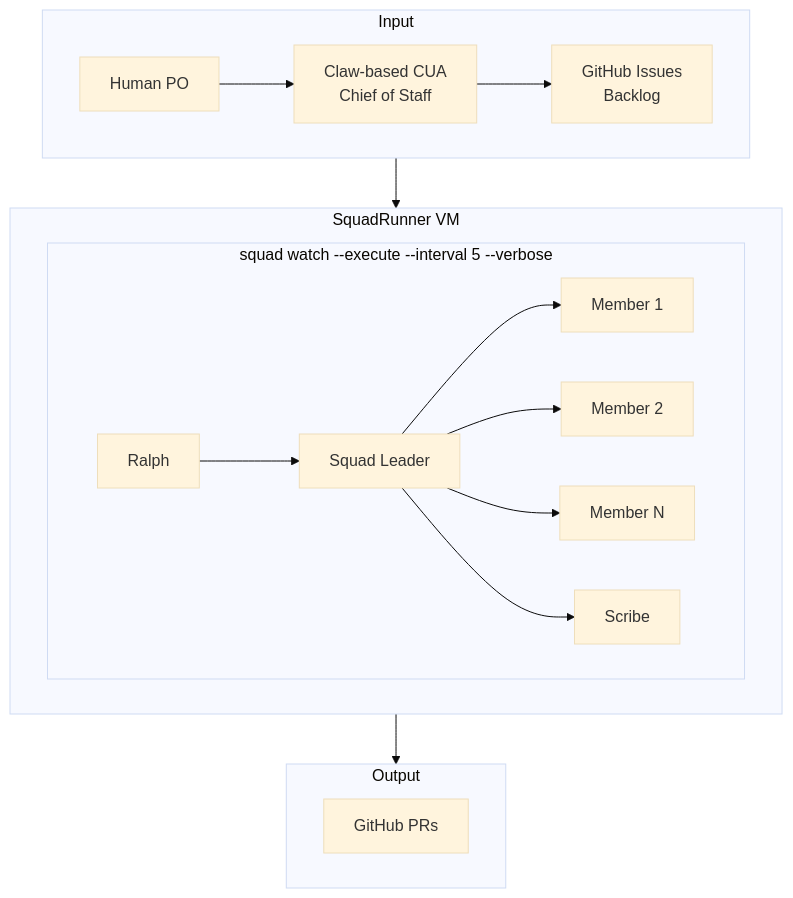
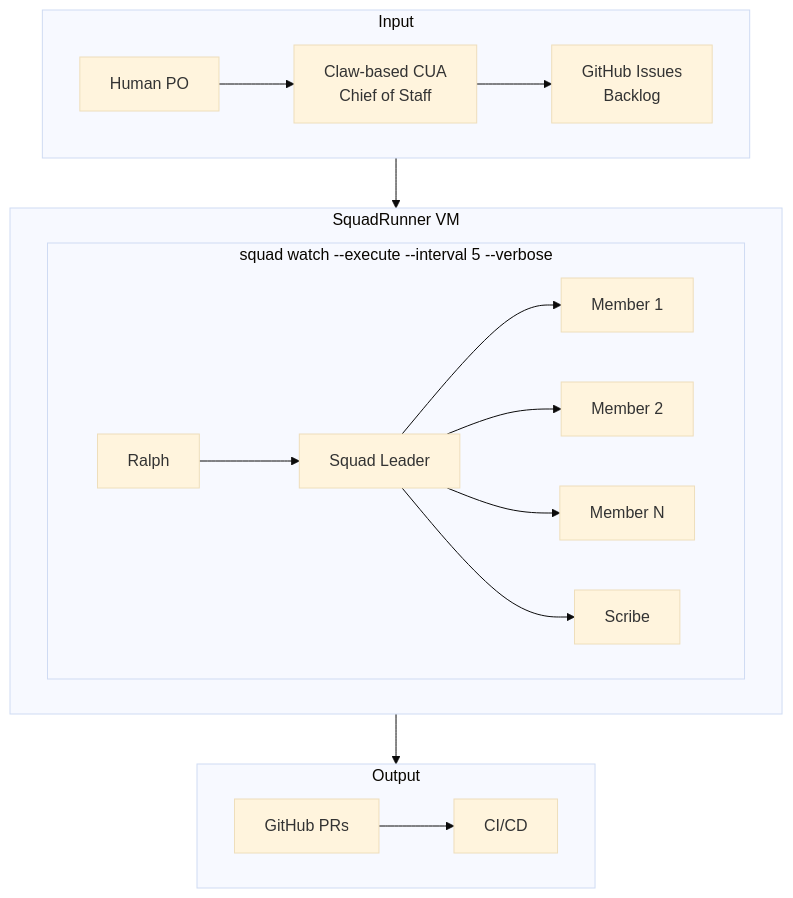
One commit to TheeUnderdog/SquadRunner changed the diagram in README.md. Above: the diagram before and after it, drawn with Mermaid (base theme).

Commit message:
Output: PRs run CI

````diff
--- a/README.md
+++ b/README.md
@@ -19,26 +19,26 @@
 ```mermaid
 flowchart TD
     subgraph Input
         direction LR
         H[Human PO] --> CUA[Claw-based CUA<br/>Chief of Staff] --> GH[GitHub Issues<br/>Backlog]
     end
     
     Input --> VM
     
     subgraph VM[SquadRunner VM]
         subgraph SW[squad watch --execute --interval 5 --verbose]
             direction LR
             R[Ralph] --> SL[Squad Leader]
             SL --> M1[Member 1]
             SL --> M2[Member 2]
             SL --> MN[Member N]
             SL --> SC[Scribe]
         end
     end
     
     VM --> Output
     
     subgraph Output
-        PR[GitHub PRs]
+        PR[GitHub PRs] --> CI[CI/CD]
     end
 ```
````
